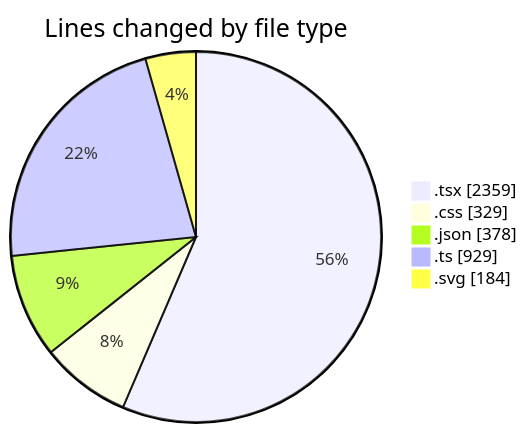
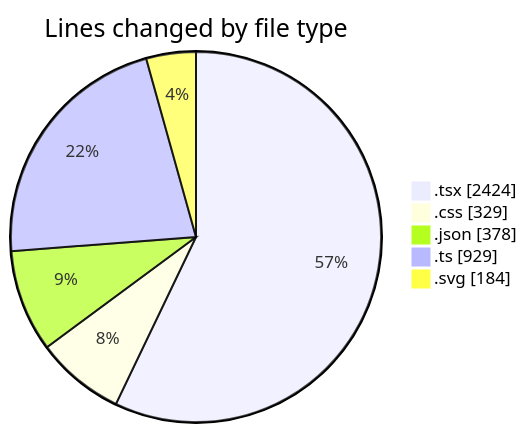
The first of 2 diagrams in 2025-10-10/eventscop-frontend-guide__workspace_/README.md (julien-gomy/code-tracking), drawn with Mermaid before and after one commit. The commit also changed other lines of this file and 1 other file, not shown here.

````diff
--- a/2025-10-10/eventscop-frontend-guide__workspace_/README.md
+++ b/2025-10-10/eventscop-frontend-guide__workspace_/README.md
@@ -41,9 +43,9 @@
 ```mermaid
 pie showData
 title Lines changed by file type
-".tsx" : 2359
+".tsx" : 2424
 ".css" : 329
 ".json" : 378
 ".ts" : 929
 ".svg" : 184
 ```
````
